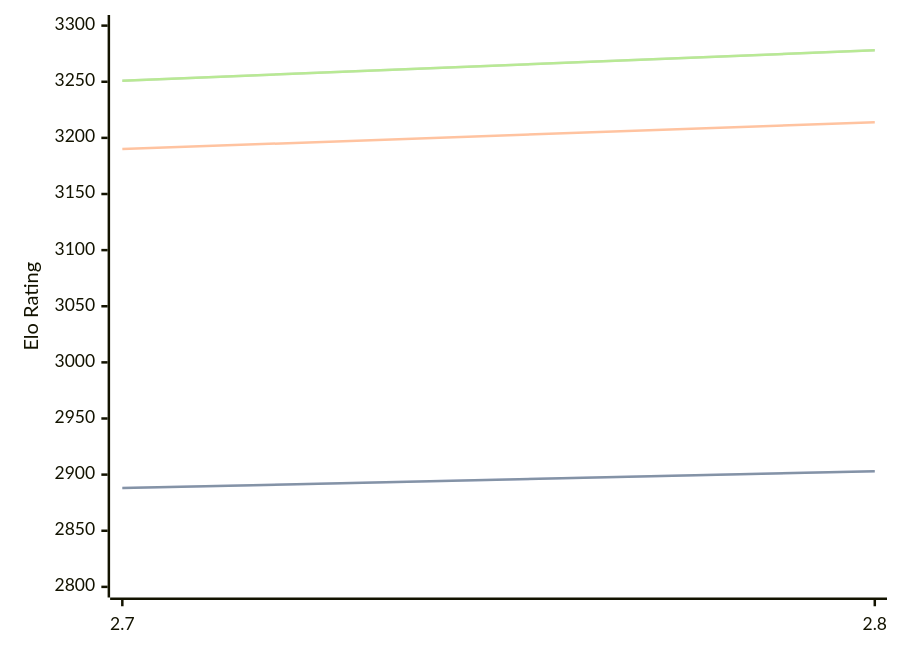
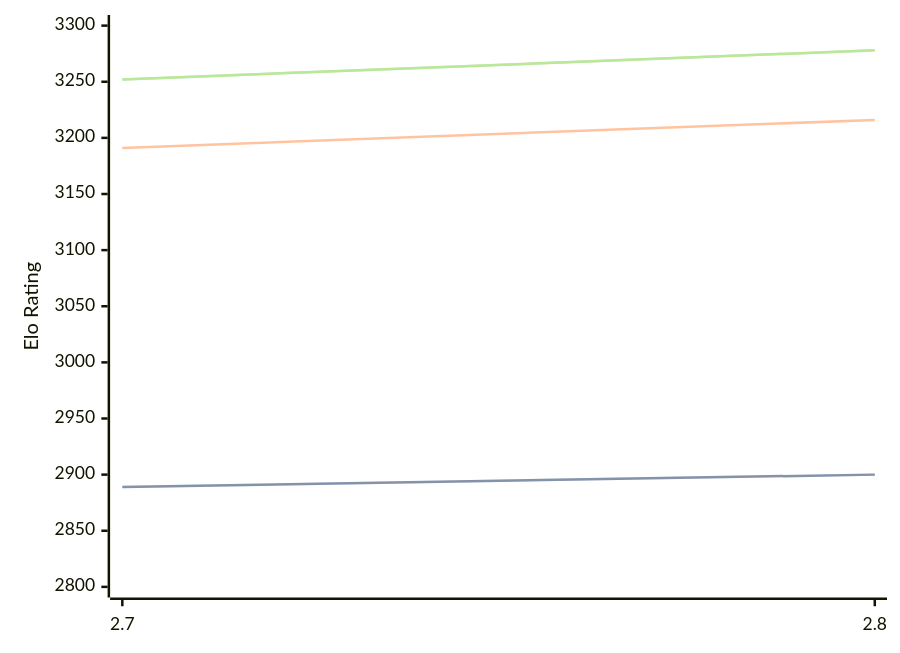
The diagram in engines/Arcanum.md (computer-chess-index/cci), drawn with Mermaid before and after one commit. The commit also changed other lines of this file, not shown here.

Commit message:
Update CCI Ratings (ELO VLTC) - 2026-08-09

````diff
--- a/engines/Arcanum.md
+++ b/engines/Arcanum.md
@@ -32,11 +32,11 @@
 ```mermaid
 %%{init: {"theme":"base","themeVariables":{"seriesColors:['#a3a3a3','#222221','#faa371']}}}%%
 xychart-beta
   x-axis ["2.7", "2.8"]
   y-axis "Elo Rating" 2800 --> 3300
-  line "STC (8.0+0.08s)" [2888, 2903]
-  line "STC (8.0+0.08s)" [2888, 2903]
-  line "LTC (60.0+0.60s)" [3190, 3214]
-  line "VLTC (2m24s+1.12s)" [3251, 3278]
-  line "VLTC (2m24s+1.12s)" [3251, 3278]
+  line "STC (8.0+0.08s)" [2889, 2900]
+  line "STC (8.0+0.08s)" [2889, 2900]
+  line "LTC (60.0+0.60s)" [3191, 3216]
+  line "VLTC (2m24s+1.12s)" [3252, 3278]
+  line "VLTC (2m24s+1.12s)" [3252, 3278]
 ```
````
